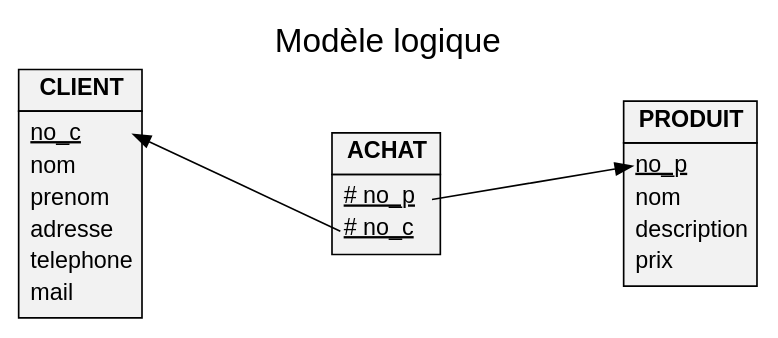
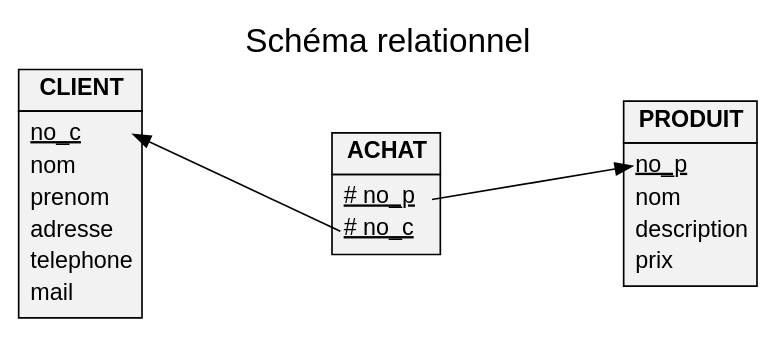
One commit to t-doc-org/informatique changed the third of 3 diagrams in docs/bases-de-donnees/bd-relationnelle.md. Above: the diagram before and after it, drawn with Graphviz. The commit also changed other lines of this file and 7 other files, not shown here.

````diff
--- a/docs/bases-de-donnees/bd-relationnelle.md
+++ b/docs/bases-de-donnees/bd-relationnelle.md
@@ -87,68 +210,68 @@
 ```{graphviz}
 :align: center
 digraph UML_Class_diagram {
   graph [
-    label="Modèle logique"
+    label="Schéma relationnel"
     labelloc="t"
     fontname="Helvetica,Arial,sans-serif"
     fontsize="20pt"
     layout="circo"
   ]
   node [
     fontname="Helvetica,Arial,sans-serif"
     shape=record
     style=filled
     fillcolor=gray95
   ]
   edge [fontname="Helvetica,Arial,sans-serif"]
   edge [style=solid]
   Class3:a1 -> Class1:p1
   Class3:a2 -> Class2:c1
 
   Class1 [
     shape=plain
     label=<<table border="0" cellborder="1" cellspacing="0" cellpadding="4">
       <tr> <td> <b>PRODUIT</b> </td> </tr>
       <tr> <td>
         <table border="0" cellborder="0" cellspacing="0" >
           <tr> <td align="left" port="p1"><u>no_p</u></td> </tr>
           <tr> <td port="p2" align="left" >nom</td> </tr>
           <tr> <td port="p3" align="left" >description</td> </tr>
           <tr> <td port="p4" align="left" >prix</td> </tr>
         </table>
       </td> </tr>
     </table>>
   ]
 
   Class2 [
     shape=plain
     label=<<table border="0" cellborder="1" cellspacing="0" cellpadding="4">
       <tr> <td> <b>CLIENT</b> </td> </tr>
       <tr> <td>
         <table border="0" cellborder="0" cellspacing="0" >
           <tr> <td align="left" port="c1"><u>no_c</u></td> </tr>
           <tr> <td port="c2" align="left" >nom</td> </tr>
           <tr> <td port="c3" align="left" >prenom</td> </tr>
           <tr> <td port="c4" align="left" >adresse</td> </tr>
           <tr> <td port="c5" align="left" >telephone</td> </tr>
           <tr> <td port="c6" align="left" >mail</td> </tr>
         </table>
       </td> </tr>
     </table>>
   ]
 
   Class3 [
     shape=plain
     label=<<table border="0" cellborder="1" cellspacing="0" cellpadding="4">
       <tr> <td> <b>ACHAT</b> </td> </tr>
       <tr> <td>
         <table border="0" cellborder="0" cellspacing="0" >
           <tr> <td align="left" port="a1"><u># no_p</u></td> </tr>
           <tr> <td port="a2" align="left" ><u># no_c</u></td> </tr>
         </table>
       </td> </tr>
     </table>>
   ]
 
 }
 ```
````
